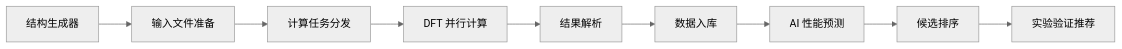
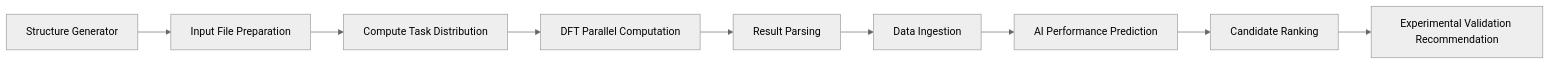
The second of 3 diagrams in tree/application/architecture/nanomaterials.md (teaglebuilt/knowledge-tree), drawn with Mermaid (neutral theme) before and after one commit. The commit also changed other lines of this file and 22 other files, not shown here.

````diff
--- a/tree/application/architecture/nanomaterials.md
+++ b/tree/application/architecture/nanomaterials.md
@@ -220,11 +223,11 @@
 ```mermaid
 flowchart LR
-    A[结构生成器] --> B[输入文件准备]
-    B --> C[计算任务分发]
-    C --> D[DFT 并行计算]
-    D --> E[结果解析]
-    E --> F[数据入库]
-    F --> G[AI 性能预测]
-    G --> H[候选排序]
-    H --> I[实验验证推荐]
+    A[Structure Generator] --> B[Input File Preparation]
+    B --> C[Compute Task Distribution]
+    C --> D[DFT Parallel Computation]
+    D --> E[Result Parsing]
+    E --> F[Data Ingestion]
+    F --> G[AI Performance Prediction]
+    G --> H[Candidate Ranking]
+    H --> I[Experimental Validation Recommendation]
 ```
````
